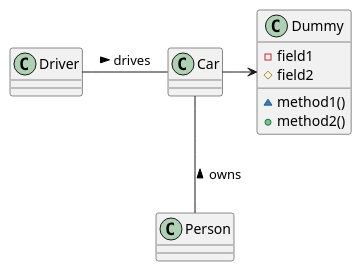
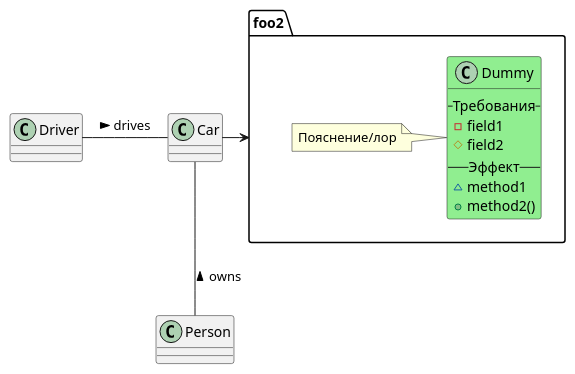
One commit to RollingHog/AxesNRunes changed the diagram in tech/new_tech.puml. Above: the diagram before and after it, drawn with PlantUML.

Commit message:
adding some cute puml things

```diff
--- a/tech/new_tech.puml
+++ b/tech/new_tech.puml
@@ -5,17 +5,22 @@
 @startuml
 
 class Car
 
 Driver - Car : drives >
 ' Car *- Wheel : have 4 >
 Car -- Person : < owns
 
-class Dummy {
+package foo2 {
+class Dummy #LightGreen {
+--Требования--
  -field1
  #field2
- ~method1()
+--Эффект--
+ ~method1
  +method2()
 }
+note left: Пояснение/лор
+}
 
-Car -> Dummy
+Car -> foo2
 @enduml
```
